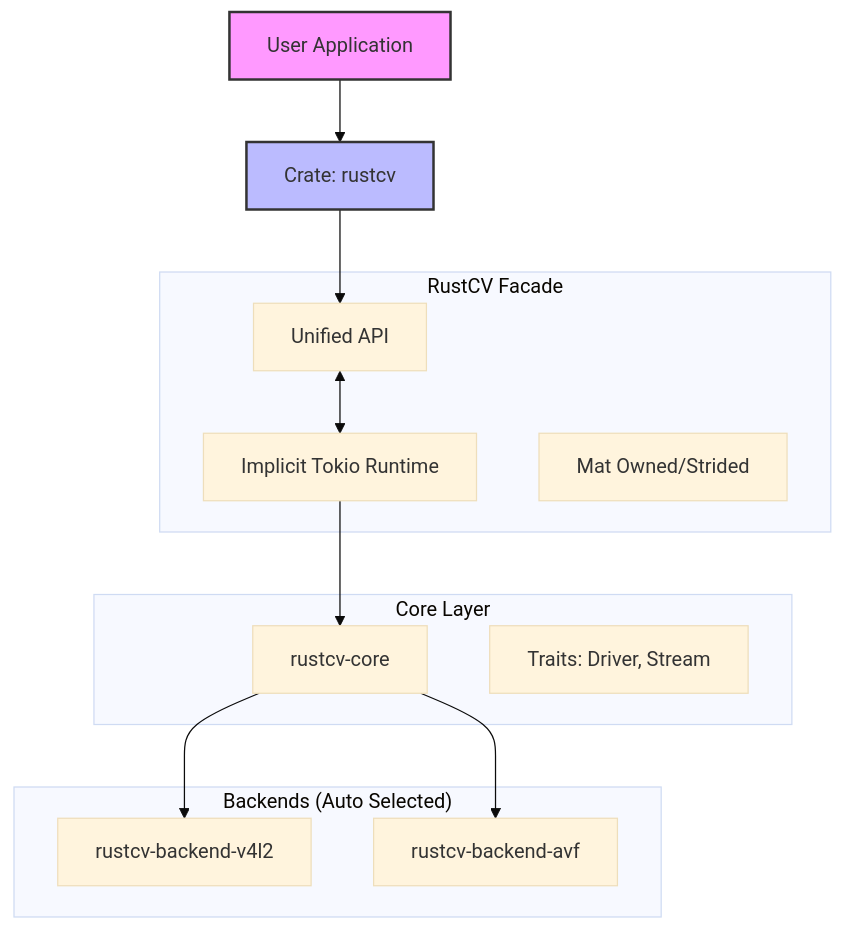
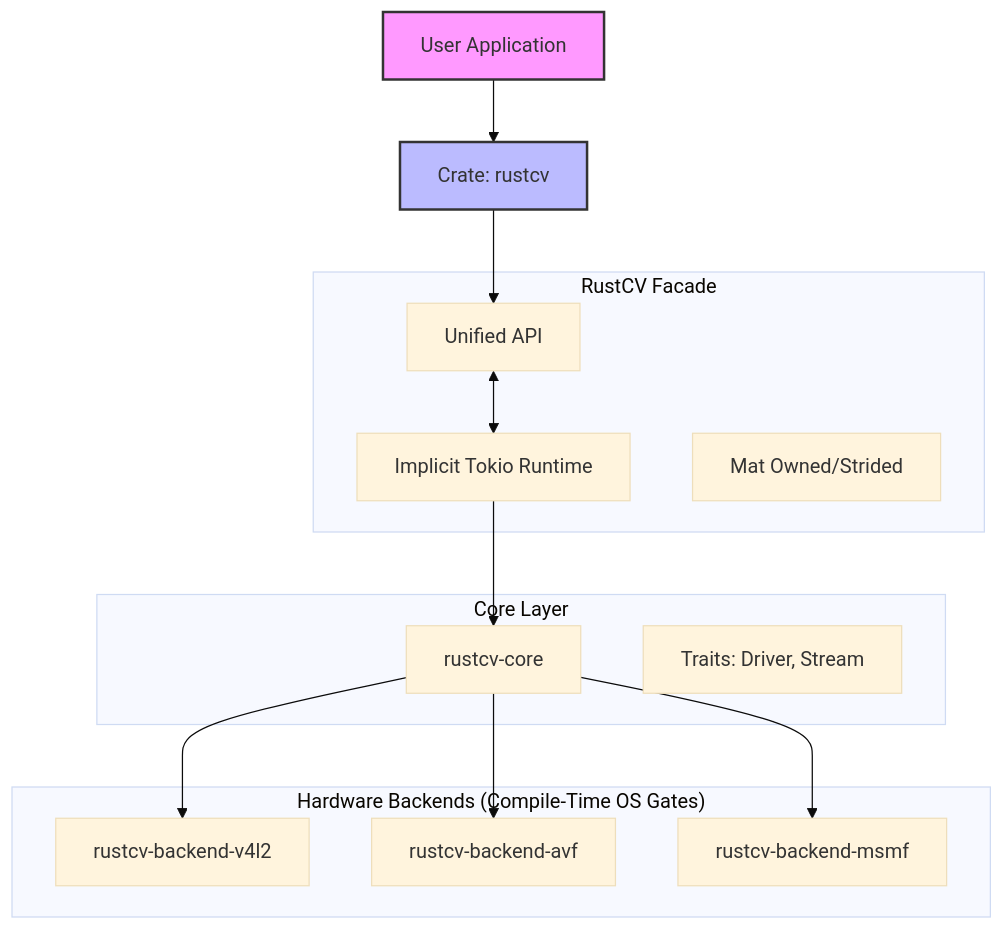
Before and after one commit to RustCV/RustCV: the diagram in README_zh.md, drawn with Mermaid (base theme). The commit also changed other lines of this file and 7 other files, not shown here.

````diff
--- a/README_zh.md
+++ b/README_zh.md
@@ -136,31 +173,33 @@
 ```mermaid
 graph TD
     User[User Application] --> RustCV[Crate: rustcv]
 
     subgraph "RustCV Facade"
         API[Unified API]
         RT[Implicit Tokio Runtime]
         Mat[Mat Owned/Strided]
     end
 
     RustCV --> API
     API <--> RT
 
     subgraph "Core Layer"
         Core[rustcv-core]
         Traits[Traits: Driver, Stream]
     end
 
     RT --> Core
 
-    subgraph "Backends (Auto Selected)"
+    subgraph "Hardware Backends (Compile-Time OS Gates)"
         V4L2[rustcv-backend-v4l2]
         AVF[rustcv-backend-avf]
+        MSMF[rustcv-backend-msmf]
     end
 
     Core --> V4L2
     Core --> AVF
+    Core --> MSMF
 
     style User fill:#f9f,stroke:#333,stroke-width:2px
     style RustCV fill:#bbf,stroke:#333,stroke-width:2px
 ```
````
